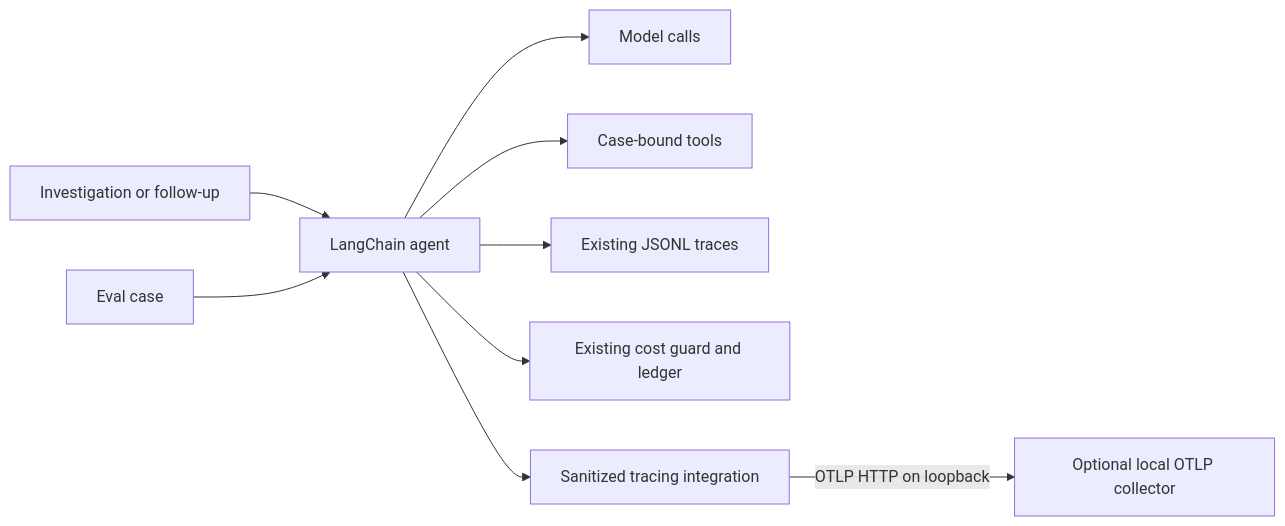
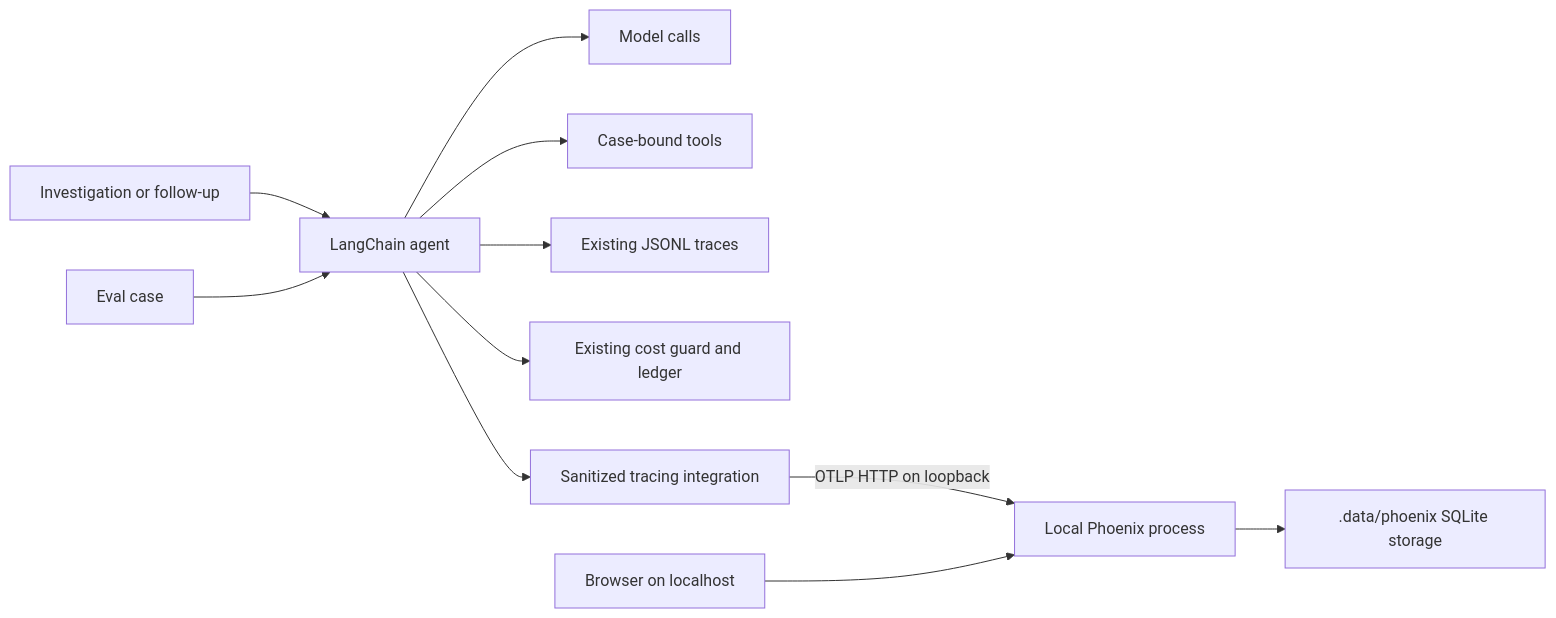
The third of 4 diagrams in docs/architecture.md (joshua-decristi/case-pilot), drawn with Mermaid before and after one commit. The commit also changed other lines of this file and 4 other files, not shown here.

First line of the commit message:
tooling: add pinned local Phoenix viewer launcher

````diff
--- a/docs/architecture.md
+++ b/docs/architecture.md
@@ -108,11 +108,13 @@
 ```mermaid
 flowchart LR
   I[Investigation or follow-up] --> A[LangChain agent]
   E[Eval case] --> A
   A --> M[Model calls]
   A --> T[Case-bound tools]
   A --> J[Existing JSONL traces]
   A --> C[Existing cost guard and ledger]
   A --> S[Sanitized tracing integration]
-  S -->|OTLP HTTP on loopback| O[Optional local OTLP collector]
+  S -->|OTLP HTTP on loopback| P[Local Phoenix process]
+  P --> D[".data/phoenix SQLite storage"]
+  U[Browser on localhost] --> P
 ```
````
